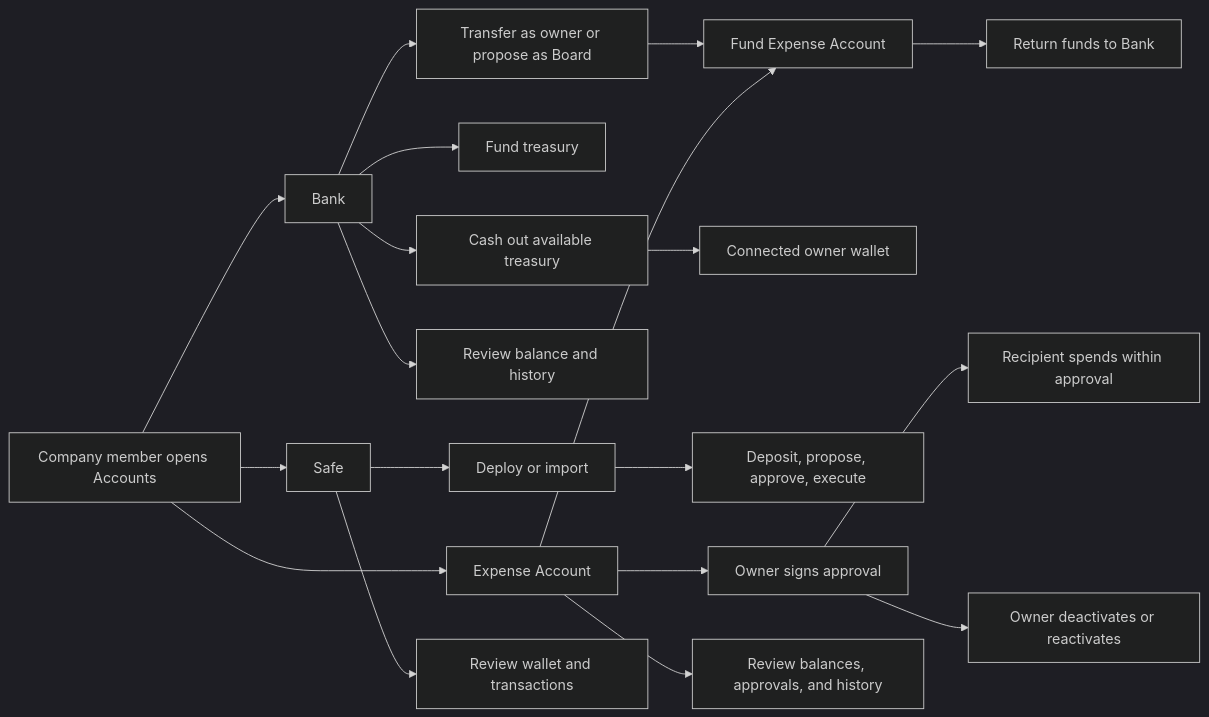
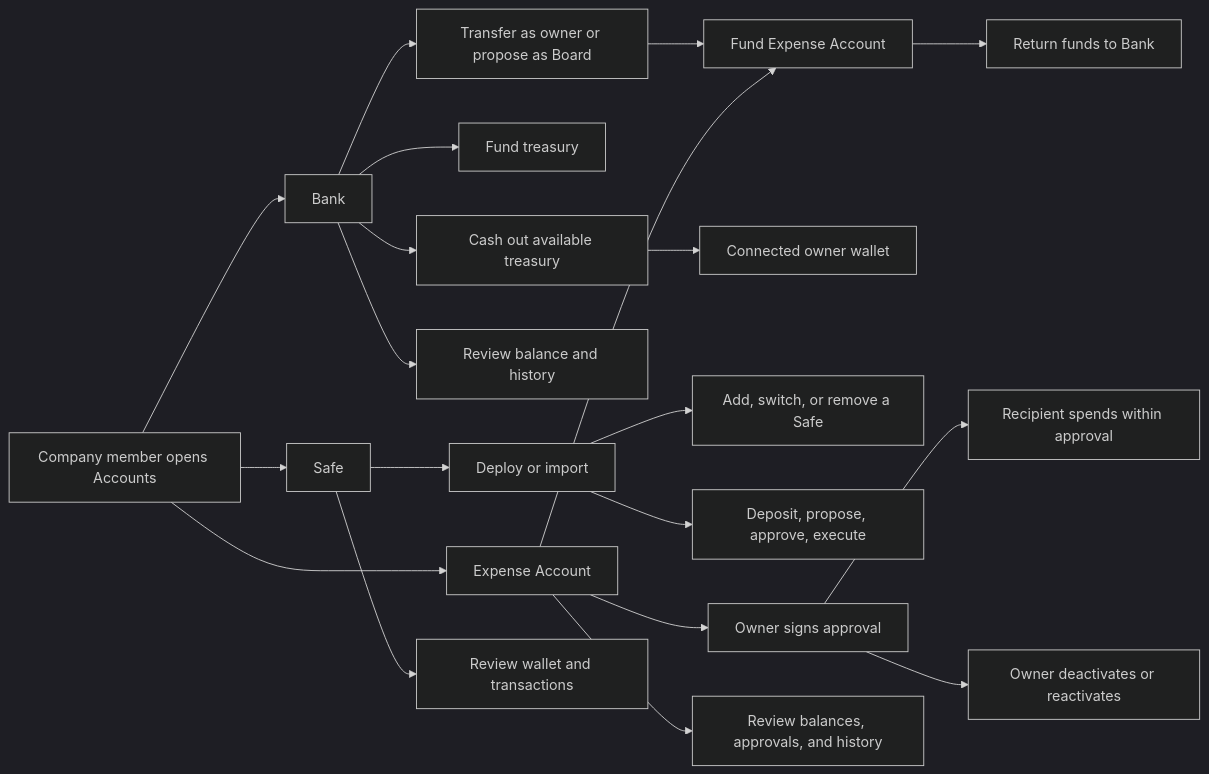
Before and after one commit to globe-and-citizen/cnc-portal: the diagram in docs/features/accounts/README.md, drawn with Mermaid (dark theme). The commit also changed other lines of this file and 3 other files, not shown here.

````diff
--- a/docs/features/accounts/README.md
+++ b/docs/features/accounts/README.md
@@ -46,24 +47,25 @@
 ```mermaid
 flowchart LR
     Member[Company member opens Accounts] --> Bank[Bank]
     Member --> Safe[Safe]
     Member --> Expense[Expense Account]
 
     Bank --> FundBank[Fund treasury]
     Bank --> TransferBank[Transfer as owner or propose as Board]
     TransferBank --> ExpenseFunding[Fund Expense Account]
     Bank --> ReviewBank[Review balance and history]
     Bank --> CashOut[Cash out available treasury]
     CashOut --> OwnerWallet[Connected owner wallet]
 
     Safe --> SetupSafe[Deploy or import]
+    SetupSafe --> ChangeSafe[Add, switch, or remove a Safe]
     SetupSafe --> OperateSafe[Deposit, propose, approve, execute]
     Safe --> ReviewSafe[Review wallet and transactions]
 
     Expense --> Grant[Owner signs approval]
     Expense --> ExpenseFunding
     ExpenseFunding --> ReturnExpense[Return funds to Bank]
     Grant --> Spend[Recipient spends within approval]
     Grant --> Manage[Owner deactivates or reactivates]
     Expense --> ReviewExpense[Review balances, approvals, and history]
 ```
````
